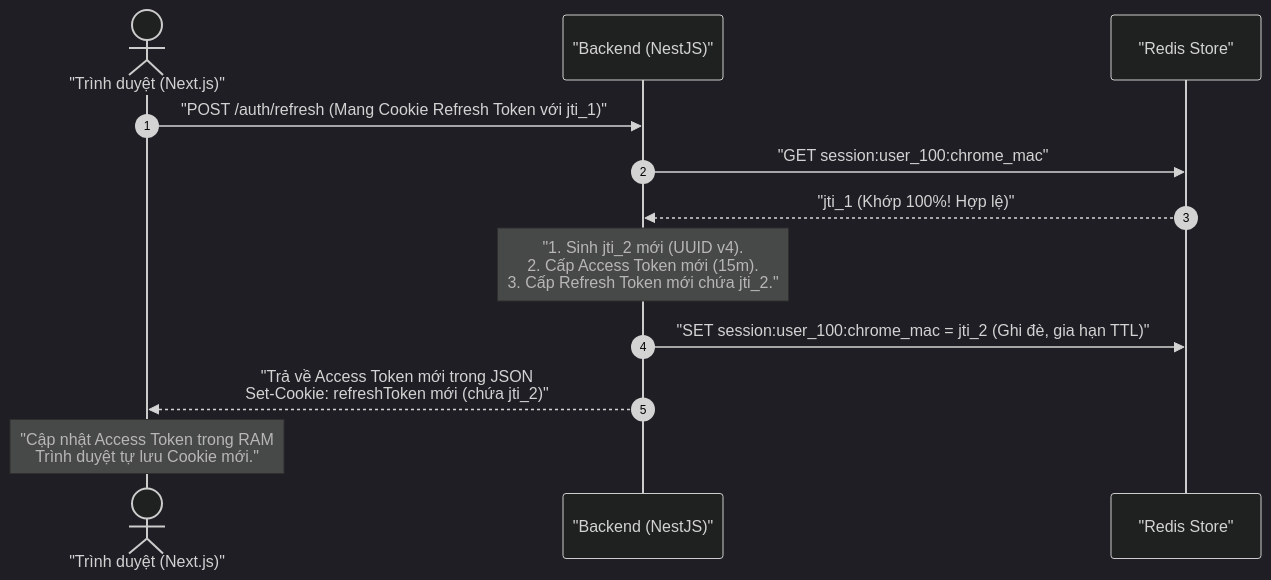
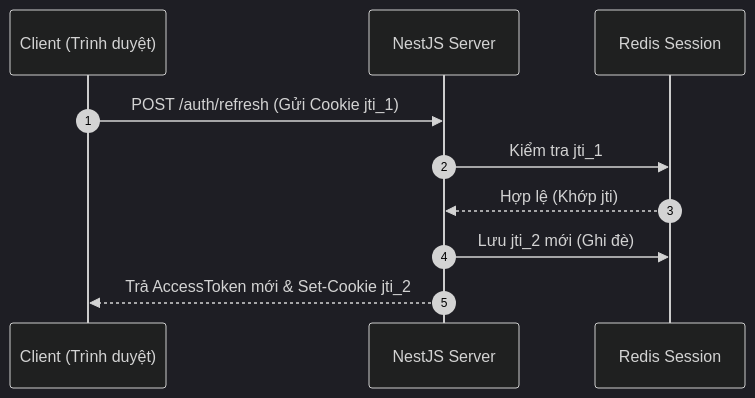
The second of 3 diagrams in Tranning/Bài 01 - Authentication & Session Management/01. Lý thuyết/04. Kiến trúc Lai Production (Dual Token, Redis & JTI Rotation).md (hydragon2m/docs), drawn with Mermaid (dark theme) before and after one commit. The commit also changed other lines of this file and 15 other files, not shown here.

````diff
--- a/Tranning/Bài 01 - Authentication & Session Management/01. Lý thuyết/04. Kiến trúc Lai Production (Dual Token, Redis & JTI Rotation).md
+++ b/Tranning/Bài 01 - Authentication & Session Management/01. Lý thuyết/04. Kiến trúc Lai Production (Dual Token, Redis & JTI Rotation).md
@@ -41,17 +25,13 @@
 ```mermaid
 sequenceDiagram
     autonumber
-    actor Client as "Trình duyệt (Next.js)"
-    participant API as "Backend (NestJS)"
-    participant Redis as "Redis Store"
+    participant Client as Client (Trình duyệt)
+    participant API as NestJS Server
+    participant Redis as Redis Session
 
-    Client->>API: "POST /auth/refresh (Mang Cookie Refresh Token với jti_1)"
-    API->>Redis: "GET session:user_100:chrome_mac"
-    Redis-->>API: "jti_1 (Khớp 100%! Hợp lệ)"
-    
-    Note over API: "1. Sinh jti_2 mới (UUID v4).<br/>2. Cấp Access Token mới (15m).<br/>3. Cấp Refresh Token mới chứa jti_2."
-    
-    API->>Redis: "SET session:user_100:chrome_mac = jti_2 (Ghi đè, gia hạn TTL)"
-    API-->>Client: "Trả về Access Token mới trong JSON<br/>Set-Cookie: refreshToken mới (chứa jti_2)"
-    Note over Client: "Cập nhật Access Token trong RAM<br/>Trình duyệt tự lưu Cookie mới."
+    Client->>API: POST /auth/refresh (Gửi Cookie jti_1)
+    API->>Redis: Kiểm tra jti_1
+    Redis-->>API: Hợp lệ (Khớp jti)
+    API->>Redis: Lưu jti_2 mới (Ghi đè)
+    API-->>Client: Trả AccessToken mới & Set-Cookie jti_2
 ```
````
